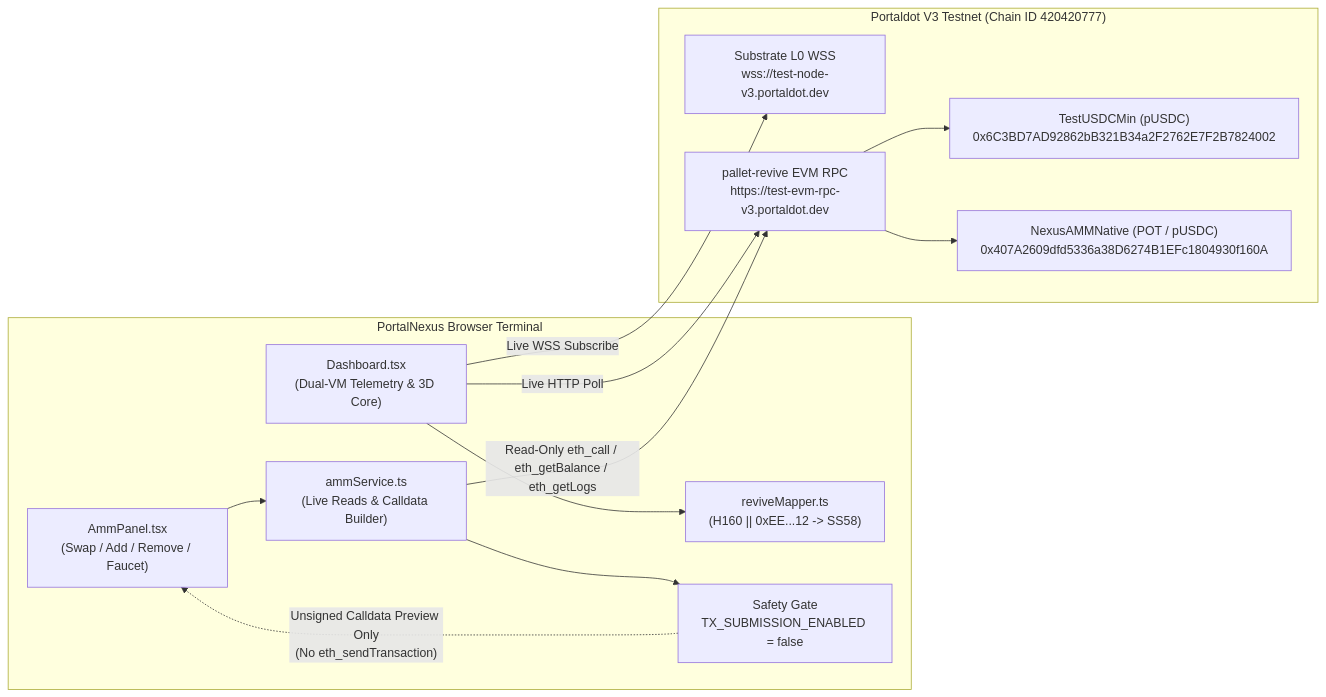
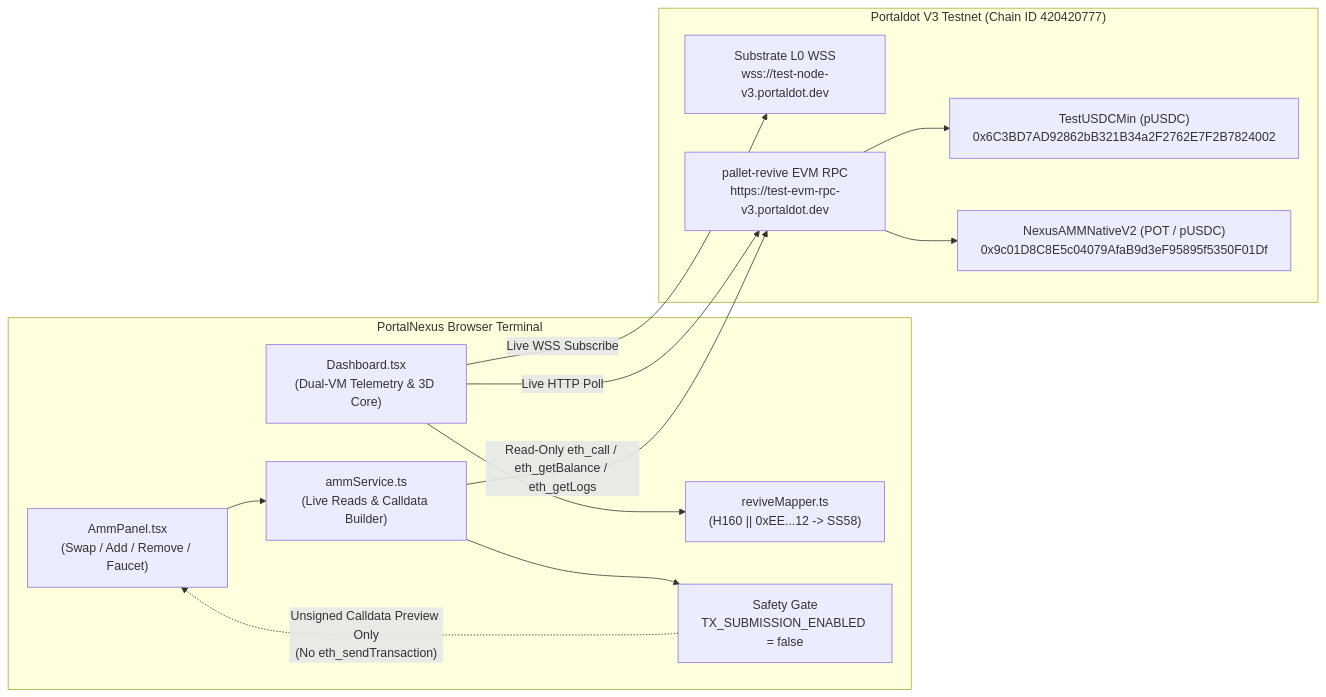
One commit to JimmyOgb/PortalNexus changed the diagram in README.md. Above: the diagram before and after it, drawn with Mermaid. The commit also changed other lines of this file and 21 other files, not shown here.

````diff
--- a/README.md
+++ b/README.md
@@ -342,27 +350,27 @@
 ```mermaid
 flowchart LR
     subgraph Client["PortalNexus Browser Terminal"]
         DASH["Dashboard.tsx\n(Dual-VM Telemetry & 3D Core)"]
         MAP["reviveMapper.ts\n(H160 || 0xEE...12 -> SS58)"]
         AMMUI["AmmPanel.tsx\n(Swap / Add / Remove / Faucet)"]
         AMMSVC["ammService.ts\n(Live Reads & Calldata Builder)"]
         BARRIER["Safety Gate\nTX_SUBMISSION_ENABLED = false"]
     end
 
     subgraph Chain["Portaldot V3 Testnet (Chain ID 420420777)"]
         WS["Substrate L0 WSS\nwss://test-node-v3.portaldot.dev"]
         RPC["pallet-revive EVM RPC\nhttps://test-evm-rpc-v3.portaldot.dev"]
         PUSDC["TestUSDCMin (pUSDC)\n0x6C3BD7AD92862bB321B34a2F2762E7F2B7824002"]
-        POOL["NexusAMMNative (POT / pUSDC)\n0x407A2609dfd5336a38D6274B1EFc1804930f160A"]
+        POOL["NexusAMMNativeV2 (POT / pUSDC)\n0x9c01D8C8E5c04079AfaB9d3eF95895f5350F01Df"]
     end
 
     DASH -- "Live WSS Subscribe" --> WS
     DASH -- "Live HTTP Poll" --> RPC
     DASH --> MAP
     AMMUI --> AMMSVC
     AMMSVC -- "Read-Only eth_call / eth_getBalance / eth_getLogs" --> RPC
     RPC --> PUSDC
     RPC --> POOL
     AMMSVC --> BARRIER
     BARRIER -. "Unsigned Calldata Preview Only\n(No eth_sendTransaction)" .-> AMMUI
 ```
````
